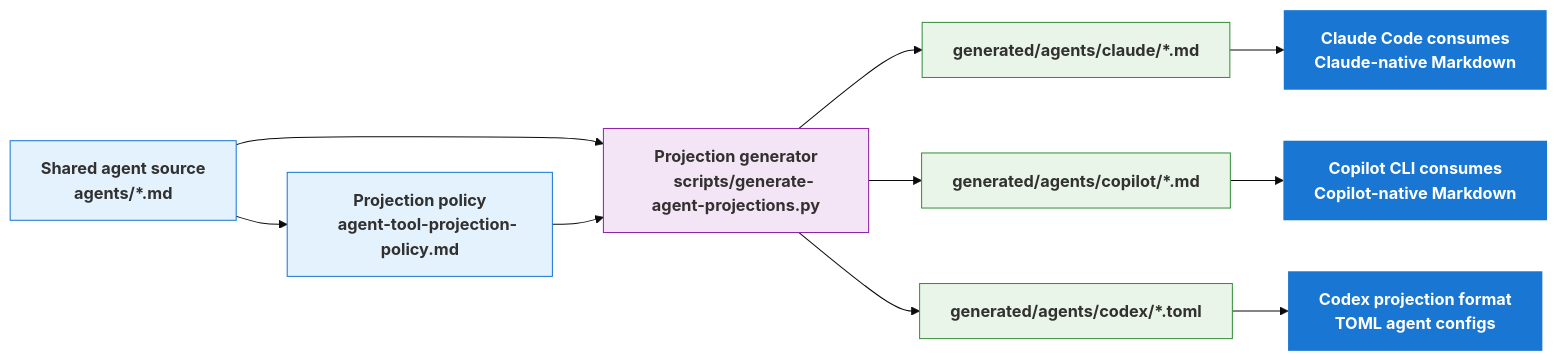
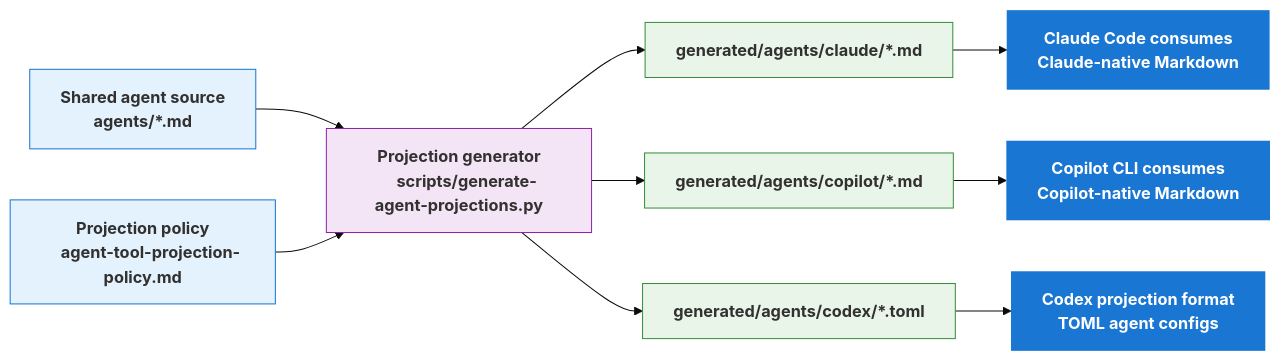
Before and after one commit to russell-laing/al-dev-shared: the fourth of 6 diagrams in docs/projection-layer-readme.md, drawn with Mermaid (base theme). The commit also changed other lines of this file and 11 other files, not shown here.

````diff
--- a/docs/projection-layer-readme.md
+++ b/docs/projection-layer-readme.md
@@ -434,38 +442,37 @@
 ```mermaid
 flowchart LR
     %% Nodes
     Shared["Shared agent source
-    agents/*.md"] --> Policy["Projection policy
-    agent-tool-projection-policy.md"]
-    Shared --> Generator["Projection generator
+    agents/*.md"] --> Generator["Projection generator
     scripts/generate-agent-projections.py"]
-    Policy --> Generator
+    Policy["Projection policy
+    agent-tool-projection-policy.md"] --> Generator
 
     Generator --> Claude["generated/agents/claude/*.md"]
     Generator --> Copilot["generated/agents/copilot/*.md"]
     Generator --> Codex["generated/agents/codex/*.toml"]
 
     Claude --> ClaudeUse["Claude Code consumes
     Claude-native Markdown"]
     Copilot --> CopilotUse["Copilot CLI consumes
     Copilot-native Markdown"]
     Codex --> CodexUse["Codex projection format
     TOML agent configs"]
 
     %% Classes
     classDef input fill:#e3f2fd,stroke:#1976d2,color:#323130,font-weight:bold
     classDef process fill:#f3e5f5,stroke:#8e24aa,color:#323130,font-weight:bold
     classDef output fill:#e8f5e8,stroke:#388e3c,color:#323130,font-weight:bold
     classDef emphasisBlue fill:#1976d2,stroke:none,color:#fff,font-weight:bold
 
     %% Class assignments
     class Shared input
     class Policy input
     class Generator process
     class Claude output
     class Copilot output
     class Codex output
     class ClaudeUse emphasisBlue
     class CopilotUse emphasisBlue
     class CodexUse emphasisBlue
 ```
````
